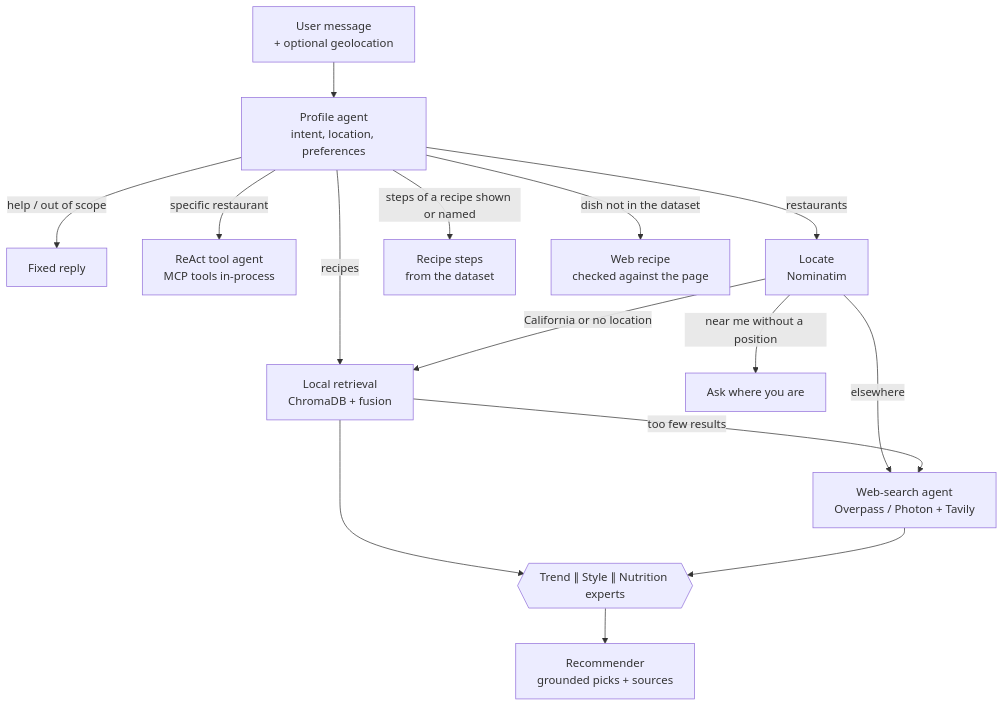
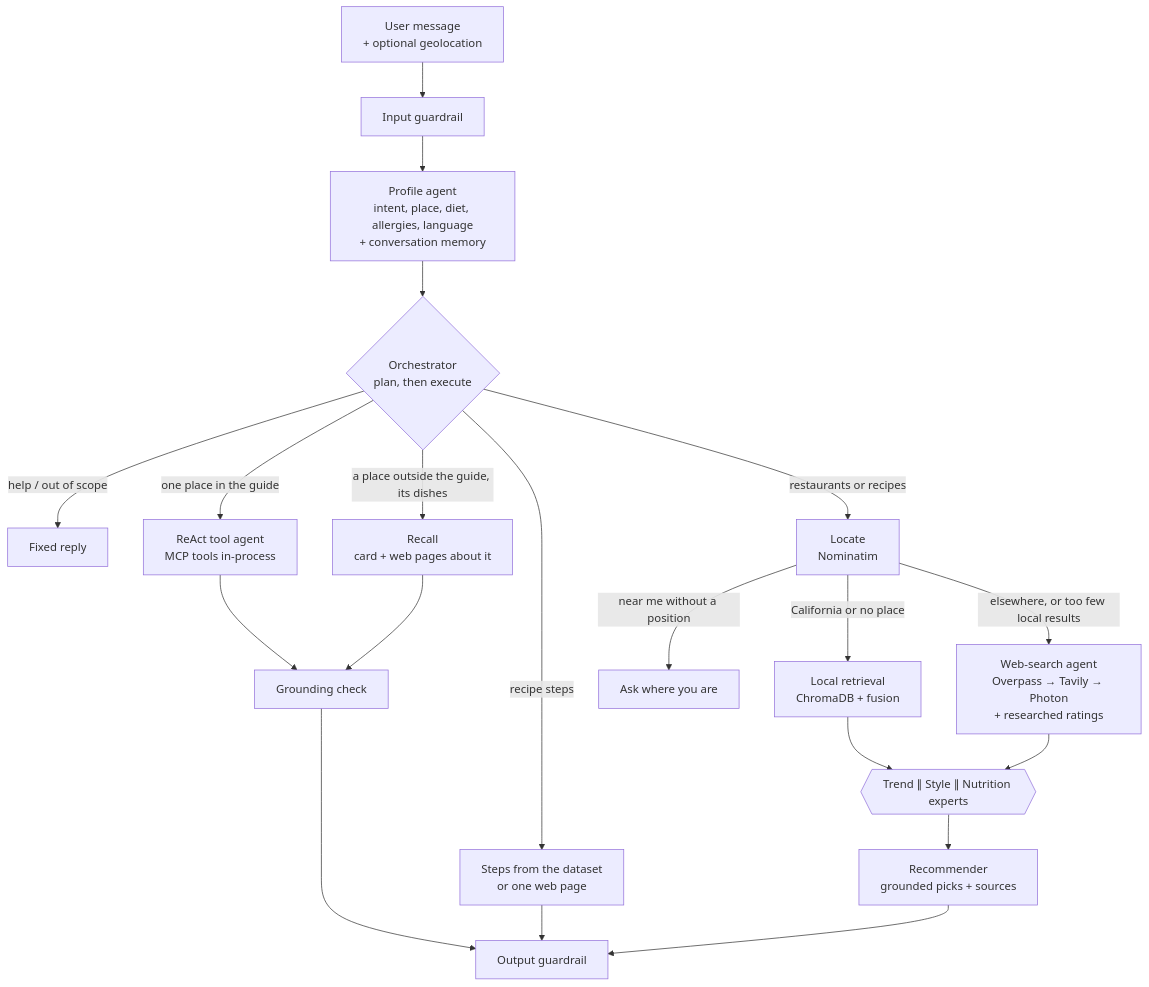
Before and after one commit to SebastianEcheverryL/connoisseur-companion: the second of 2 diagrams in README.md, drawn with Mermaid. The commit also changed other lines of this file and 13 other files, not shown here.

Commit message:
docs: portfolio README, architecture decision records, runbook and production evaluation results

````diff
--- a/README.md
+++ b/README.md
@@ -28,17 +40,19 @@
 ```mermaid
 flowchart TD
-    U[User message<br/>+ optional geolocation] --> P[Profile agent<br/>intent, location, preferences]
-    P -->|help / out of scope| R[Fixed reply]
-    P -->|specific restaurant| T[ReAct tool agent<br/>MCP tools in-process]
-    P -->|recipes| L
-    P -->|restaurants| G[Locate<br/>Nominatim]
+    U[User message<br/>+ optional geolocation] --> IG[Input guardrail]
+    IG --> P[Profile agent<br/>intent, place, diet, allergies, language<br/>+ conversation memory]
+    P --> O{Orchestrator<br/>plan, then execute}
+    O -->|help / out of scope| R[Fixed reply]
+    O -->|one place in the guide| T[ReAct tool agent<br/>MCP tools in-process]
+    O -->|a place outside the guide, its dishes| RC[Recall<br/>card + web pages about it]
+    O -->|recipe steps| S[Steps from the dataset<br/>or one web page]
+    O -->|restaurants or recipes| G[Locate<br/>Nominatim]
     G -->|near me without a position| A[Ask where you are]
-    G -->|California or no location| L[Local retrieval<br/>ChromaDB + fusion]
-    G -->|elsewhere| W[Web-search agent<br/>Overpass / Photon + Tavily]
-    L -->|too few results| W
-    P -->|steps of a recipe shown or named| S[Recipe steps<br/>from the dataset]
-    P -->|dish not in the dataset| WR[Web recipe<br/>checked against the page]
-    L --> E{{Trend ∥ Style ∥ Nutrition experts}}
-    W --> E
+    G -->|California or no place| LR[Local retrieval<br/>ChromaDB + fusion]
+    G -->|elsewhere, or too few local results| WS[Web-search agent<br/>Overpass → Tavily → Photon<br/>+ researched ratings]
+    LR --> E{{Trend ∥ Style ∥ Nutrition experts}}
+    WS --> E
     E --> C[Recommender<br/>grounded picks + sources]
+    T & RC --> GC[Grounding check] --> OG[Output guardrail]
+    C & S --> OG
 ```
````
